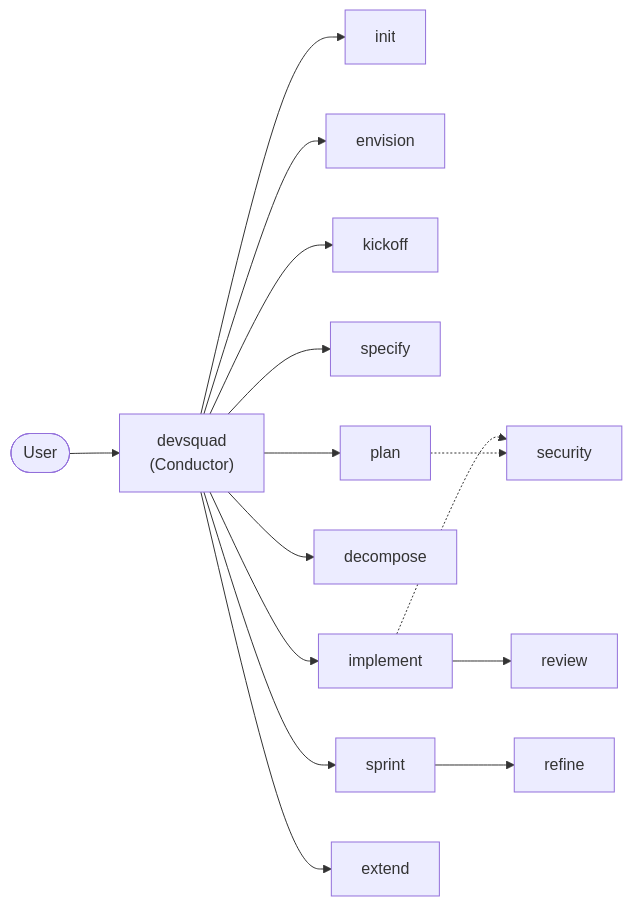
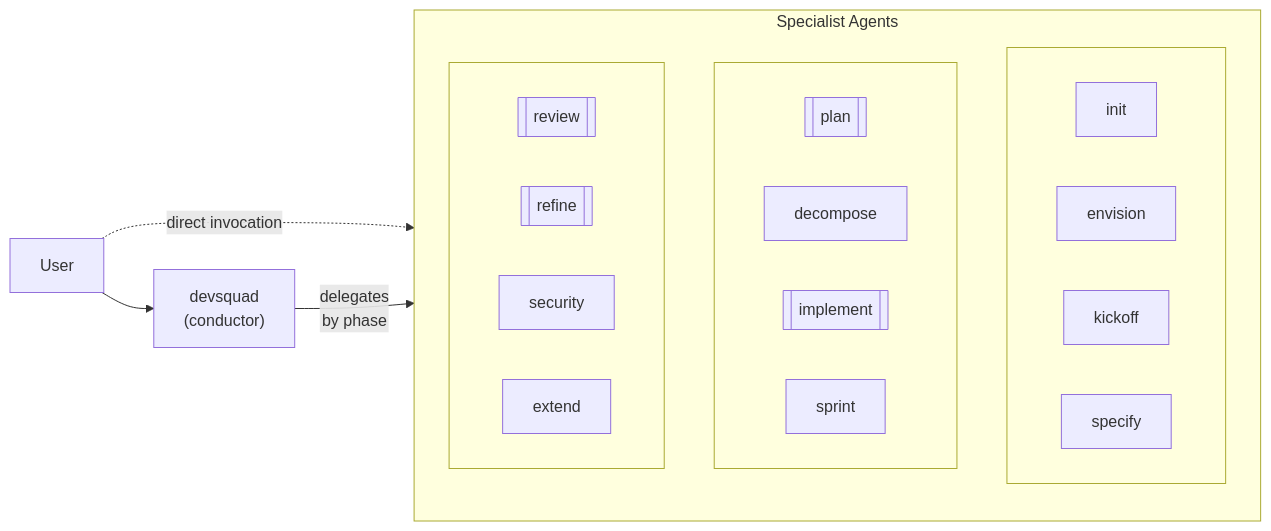
One commit to microsoft/devsquad-copilot changed the diagram in docs-site/src/content/docs/agents/overview.mdx. Above: the diagram before and after it, drawn with Mermaid. The commit also changed other lines of this file and 10 other files, not shown here.

````diff
--- a/docs-site/src/content/docs/agents/overview.mdx
+++ b/docs-site/src/content/docs/agents/overview.mdx
@@ -12,17 +12,31 @@
 ```mermaid
 flowchart LR
-    User([User]) --> devsquad["devsquad\n(Conductor)"]
-    devsquad --> init[init]
-    devsquad --> envision[envision]
-    devsquad --> kickoff[kickoff]
-    devsquad --> specify[specify]
-    devsquad --> plan[plan]
-    devsquad --> decompose[decompose]
-    devsquad --> implement[implement]
-    devsquad --> sprint[sprint]
-    devsquad --> extend[extend]
-    implement --> review[review]
-    implement -.-> security[security]
-    plan -.-> security
-    sprint --> refine[refine]
+  user["User"] --> conductor["devsquad<br>(conductor)"]
+  user -.->|"direct invocation"| agents
+
+  conductor -->|"delegates<br/>by phase"| agents
+
+  subgraph agents["Specialist Agents"]
+    subgraph agents-row1[" "]
+      direction LR
+      init["init"]
+      envision["envision"]
+      kickoff["kickoff"]
+      specify["specify"]
+    end
+    subgraph agents-row2[" "]
+      direction LR
+      plan[["plan"]]
+      decompose["decompose"]
+      implement[["implement"]]
+      sprint["sprint"]
+    end
+    subgraph agents-row3[" "]
+      direction LR
+      review[["review"]]
+      refine[["refine"]]
+      security["security"]
+      extend["extend"]
+    end
+  end
 ```
````
